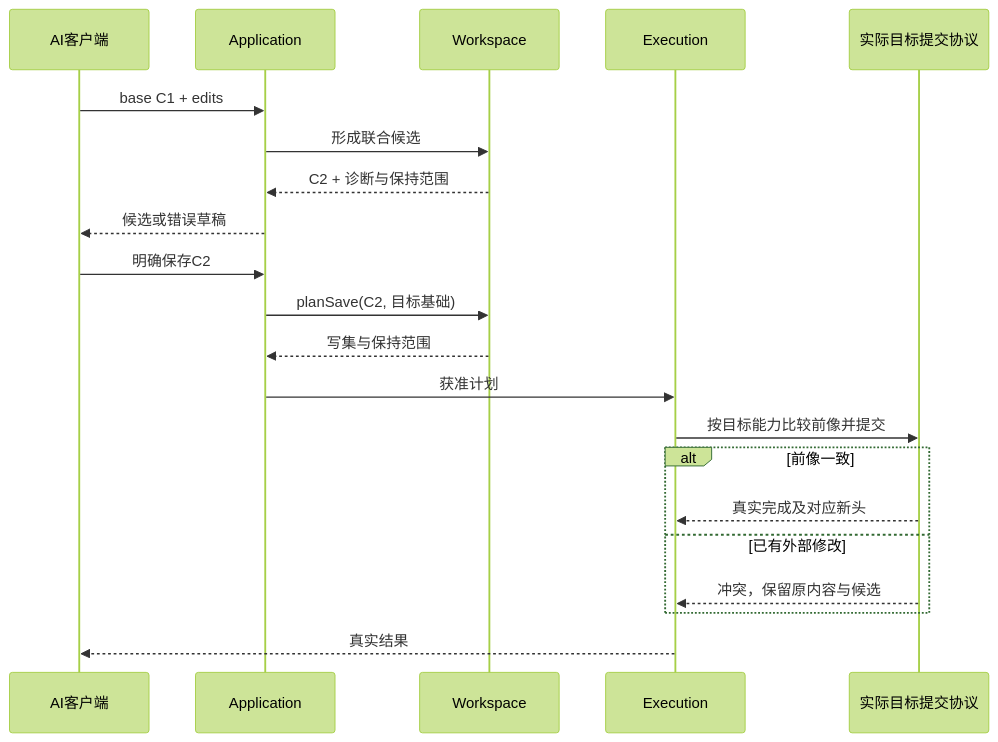
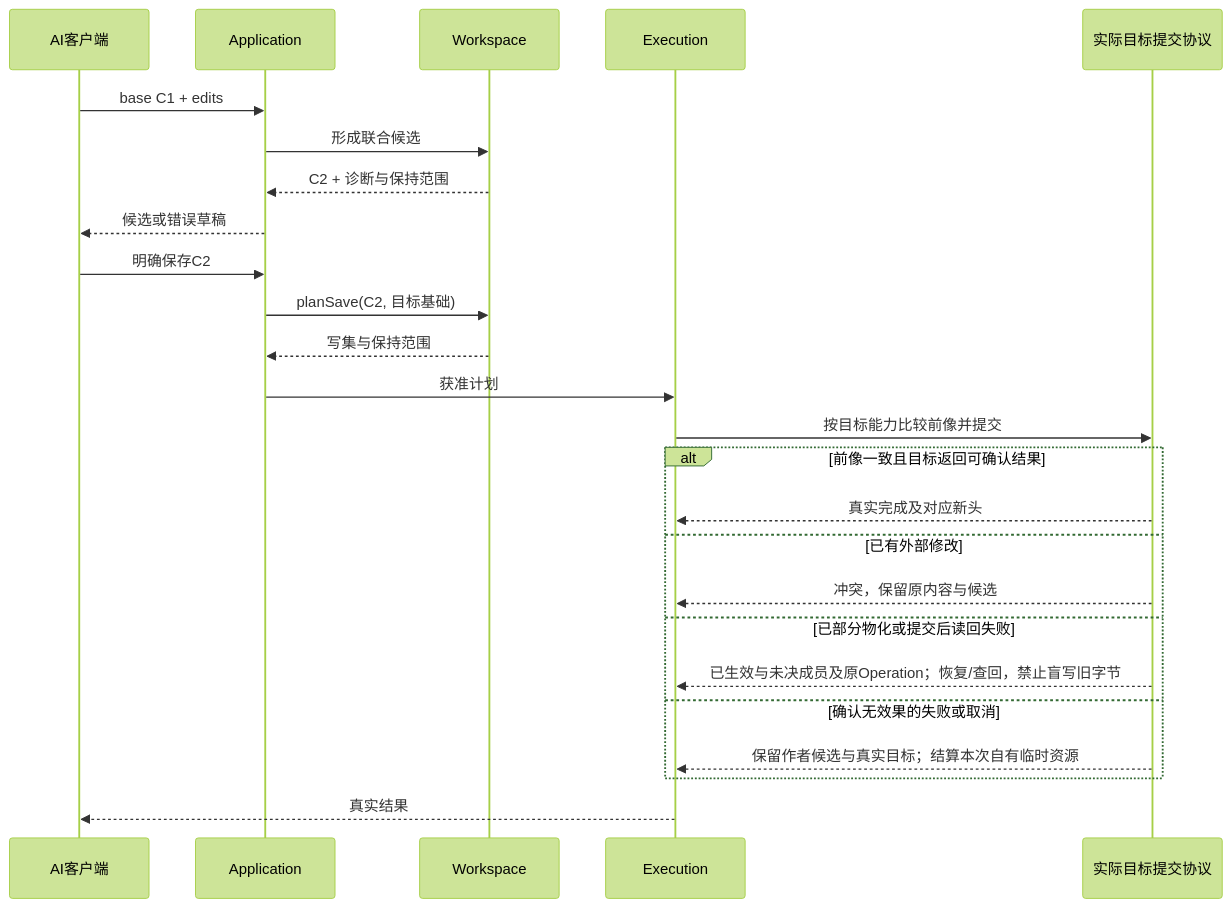
Before and after one commit to sec-platform/sec: the third of 3 diagrams in docs/作者/工程源/清单模块与绑定锁.md, drawn with Mermaid (forest theme). The commit also changed other lines of this file and 122 other files, not shown here.

First line of the commit message:
docs: unify system diagrams and remove redundant design text (#882)

````diff
--- a/docs/作者/工程源/清单模块与绑定锁.md
+++ b/docs/作者/工程源/清单模块与绑定锁.md
@@ -715,23 +715,27 @@
 ```mermaid
 sequenceDiagram
  participant AI as AI客户端
  participant App as Application
  participant W as Workspace
  participant E as Execution
  participant H as 实际目标提交协议
  AI->>App: base C1 + edits
  App->>W: 形成联合候选
  W-->>App: C2 + 诊断与保持范围
  App-->>AI: 候选或错误草稿
  AI->>App: 明确保存C2
  App->>W: planSave(C2, 目标基础)
  W-->>App: 写集与保持范围
  App->>E: 获准计划
  E->>H: 按目标能力比较前像并提交
- alt 前像一致
+ alt 前像一致且目标返回可确认结果
  H-->>E: 真实完成及对应新头
  else 已有外部修改
  H-->>E: 冲突，保留原内容与候选
+ else 已部分物化或提交后读回失败
+ H-->>E: 已生效与未决成员及原Operation；恢复/查回，禁止盲写旧字节
+ else 确认无效果的失败或取消
+ H-->>E: 保留作者候选与真实目标；结算本次自有临时资源
  end
  E-->>AI: 真实结果
 ```
````
